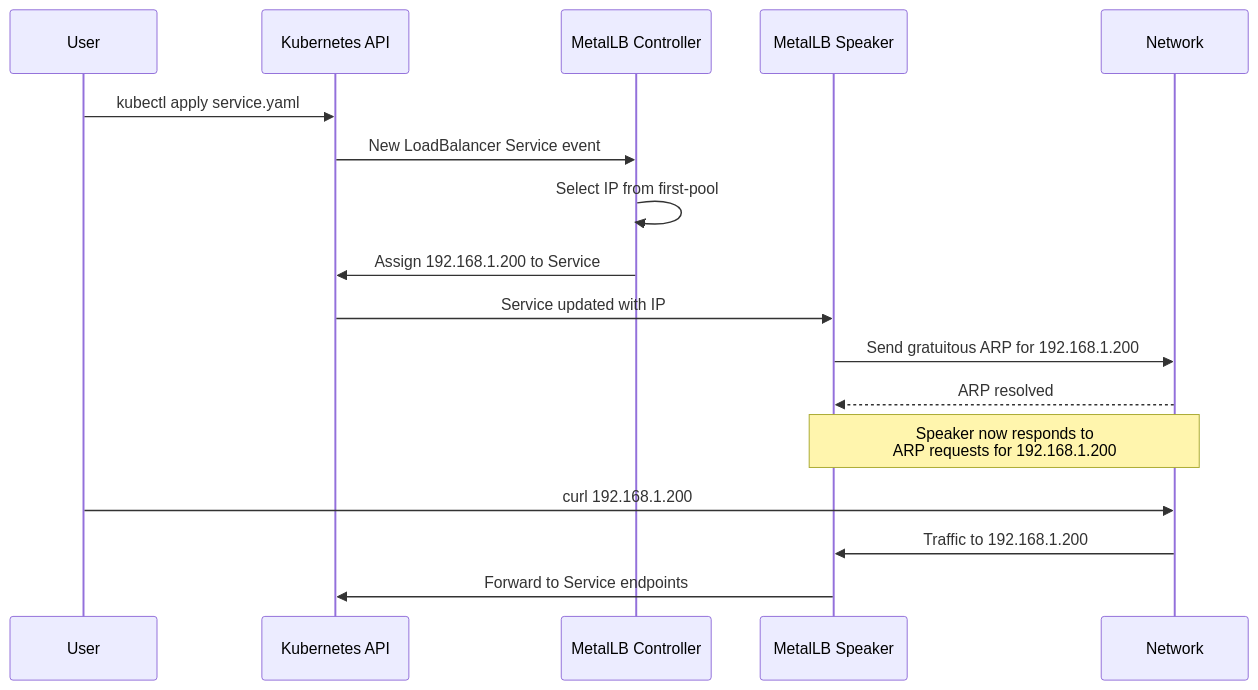
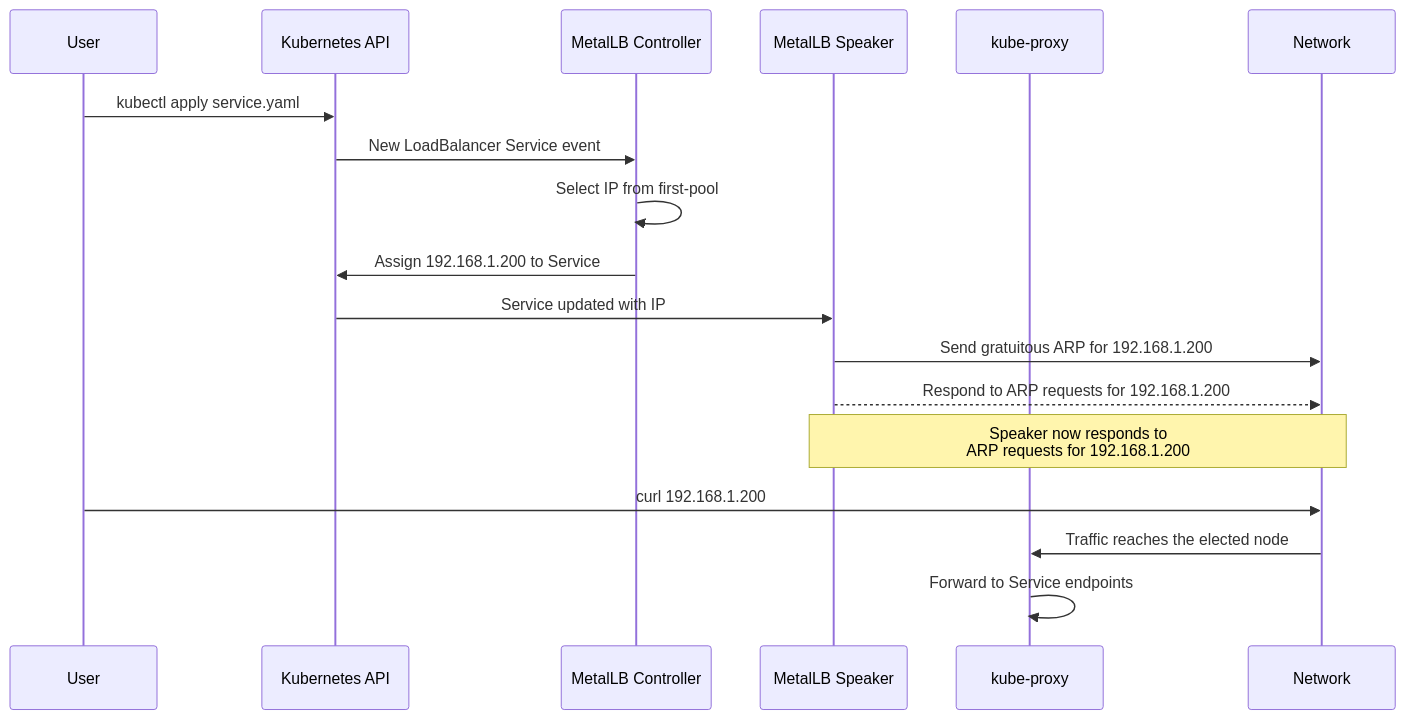
Before and after one commit to OneUptime/blog: the second of 2 diagrams in posts/2026-02-20-metallb-create-loadbalancer-service/README.md, drawn with Mermaid. The commit also changed other lines of this file and 2 other files, not shown here.

Commit message:
validate: 2026-02-20-metallb-create-loadbalancer-service

````diff
--- a/posts/2026-02-20-metallb-create-loadbalancer-service/README.md
+++ b/posts/2026-02-20-metallb-create-loadbalancer-service/README.md
@@ -245,20 +248,21 @@
 ```mermaid
 sequenceDiagram
     participant User as User
     participant K8s as Kubernetes API
     participant MC as MetalLB Controller
     participant MS as MetalLB Speaker
+    participant KP as kube-proxy
     participant Net as Network
 
     User->>K8s: kubectl apply service.yaml
     K8s->>MC: New LoadBalancer Service event
     MC->>MC: Select IP from first-pool
     MC->>K8s: Assign 192.168.1.200 to Service
     K8s->>MS: Service updated with IP
     MS->>Net: Send gratuitous ARP for 192.168.1.200
-    Net-->>MS: ARP resolved
+    MS-->>Net: Respond to ARP requests for 192.168.1.200
     Note over MS,Net: Speaker now responds to<br/>ARP requests for 192.168.1.200
     User->>Net: curl 192.168.1.200
-    Net->>MS: Traffic to 192.168.1.200
-    MS->>K8s: Forward to Service endpoints
+    Net->>KP: Traffic reaches the elected node
+    KP->>KP: Forward to Service endpoints
 ```
````
